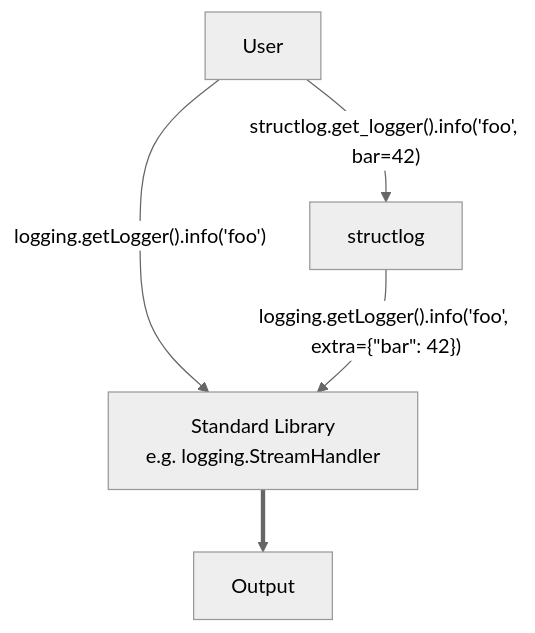
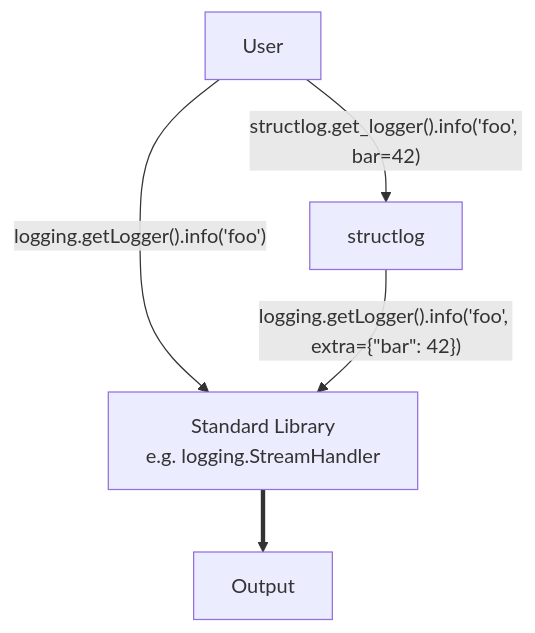
One commit to hynek/structlog changed the second of 3 diagrams in docs/standard-library.md. Above: the diagram before and after it, drawn with Mermaid. The commit also changed other lines of this file, not shown here.

Commit message:
Fix Mermaid diagrams for Mermaid 10

````diff
--- a/docs/standard-library.md
+++ b/docs/standard-library.md
@@ -248,15 +247,14 @@
 ```{mermaid}
 :align: center
 
 flowchart TD
-    %%{ init: {'theme': 'neutral'} }%%
     User
     structlog
     stdlib[Standard Library\ne.g. logging.StreamHandler]
 
     User --> |"structlog.get_logger().info('foo', bar=42)"| structlog
     User --> |"logging.getLogger().info('foo')"| stdlib
     structlog --> |"logging.getLogger().info('foo', extra={&quot;bar&quot;: 42})"| stdlib ==> Output
 
     Output
 ```
````
